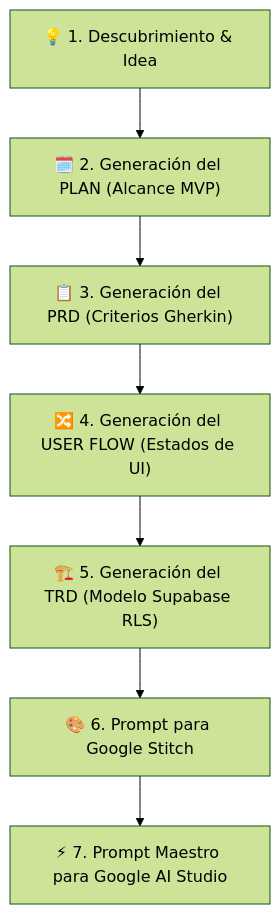
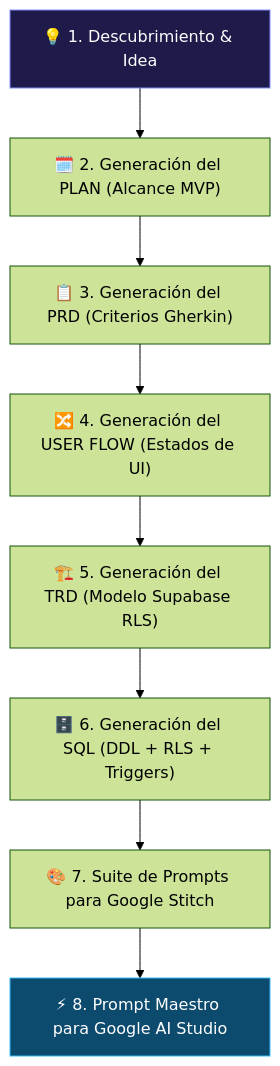
One commit to miuguelt/guia-desarrollo-guiado changed the diagram in 01_CREACION_GEMA_GEMINI.md. Above: the diagram before and after it, drawn with Mermaid (forest theme). The commit also changed other lines of this file and 23 other files, not shown here.

````diff
--- a/01_CREACION_GEMA_GEMINI.md
+++ b/01_CREACION_GEMA_GEMINI.md
@@ -26,9 +39,13 @@
 ```mermaid
 graph TD
     A["💡 1. Descubrimiento & Idea"] --> B["🗓️ 2. Generación del PLAN (Alcance MVP)"]
     B --> C["📋 3. Generación del PRD (Criterios Gherkin)"]
     C --> D["🔀 4. Generación del USER FLOW (Estados de UI)"]
     D --> E["🏗️ 5. Generación del TRD (Modelo Supabase RLS)"]
-    E --> F["🎨 6. Prompt para Google Stitch"]
-    F --> G["⚡ 7. Prompt Maestro para Google AI Studio"]
+    E --> F["🗄️ 6. Generación del SQL (DDL + RLS + Triggers)"]
+    F --> G["🎨 7. Suite de Prompts para Google Stitch"]
+    G --> H["⚡ 8. Prompt Maestro para Google AI Studio"]
+
+    style A fill:#1e1b4b,stroke:#818cf8,color:#fff
+    style H fill:#0c4a6e,stroke:#38bdf8,color:#fff
 ```
````
